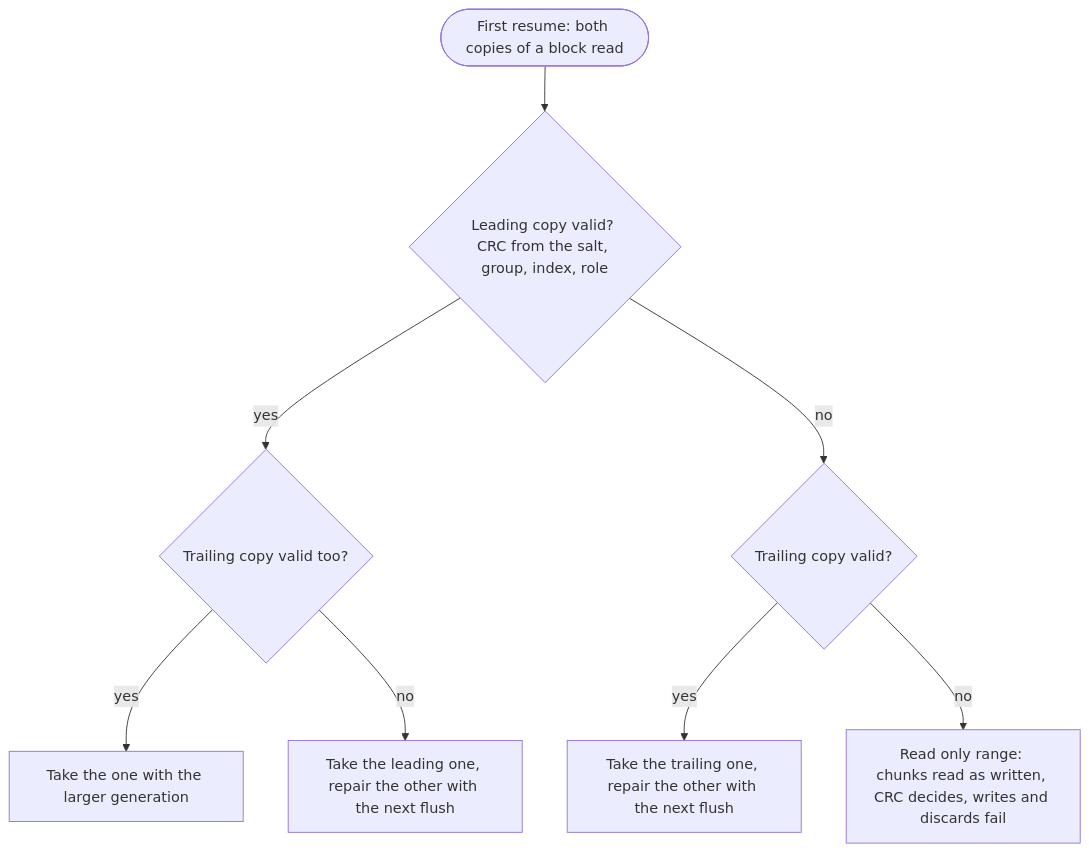
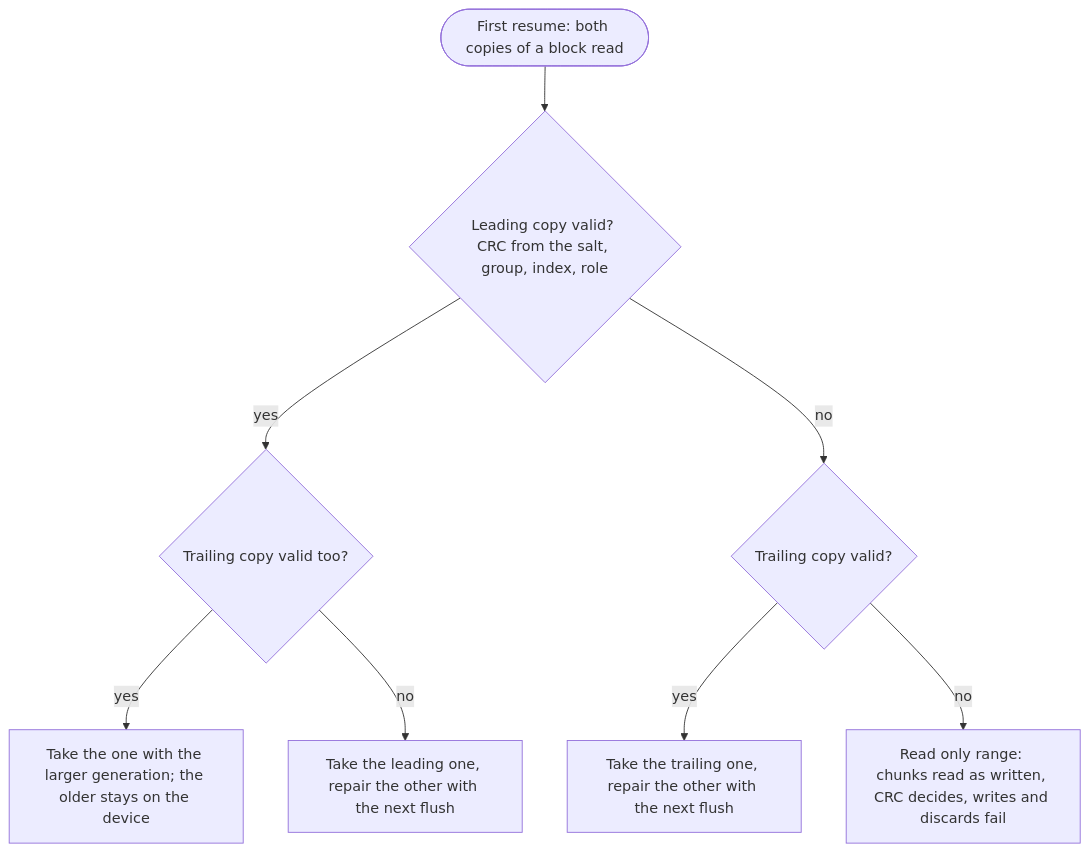
One commit to Dx-by-Dy/Automatic-Error-Correction-Driver changed the tenth of 22 diagrams in docs/en/DIAGRAMS.md. Above: the diagram before and after it, drawn with Mermaid. The commit also changed other lines of this file and 15 other files, not shown here.

````diff
--- a/docs/en/DIAGRAMS.md
+++ b/docs/en/DIAGRAMS.md
@@ -272,10 +282,10 @@
 ```mermaid
 flowchart TD
     start(["First resume: both copies of a block read"]) --> lv{"Leading copy valid? CRC from the salt, group, index, role"}
     lv -- yes --> both{"Trailing copy valid too?"}
     lv -- no --> tv{"Trailing copy valid?"}
-    both -- yes --> newer["Take the one with the larger generation"]
+    both -- yes --> newer["Take the one with the larger generation; the older stays on the device"]
     both -- no --> single["Take the leading one, repair the other with the next flush"]
     tv -- yes --> single2["Take the trailing one, repair the other with the next flush"]
     tv -- no --> ro["Read only range: chunks read as written, CRC decides, writes and discards fail"]
 ```
````
